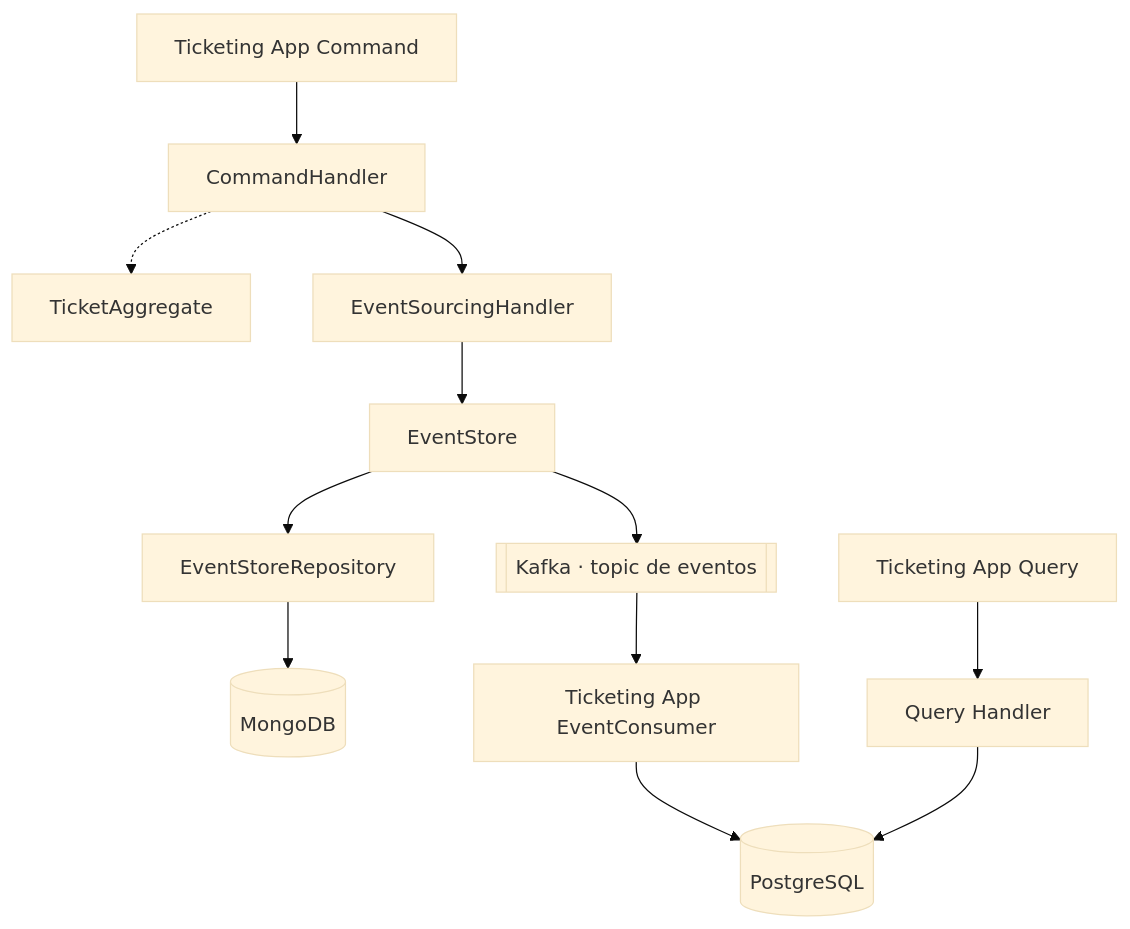
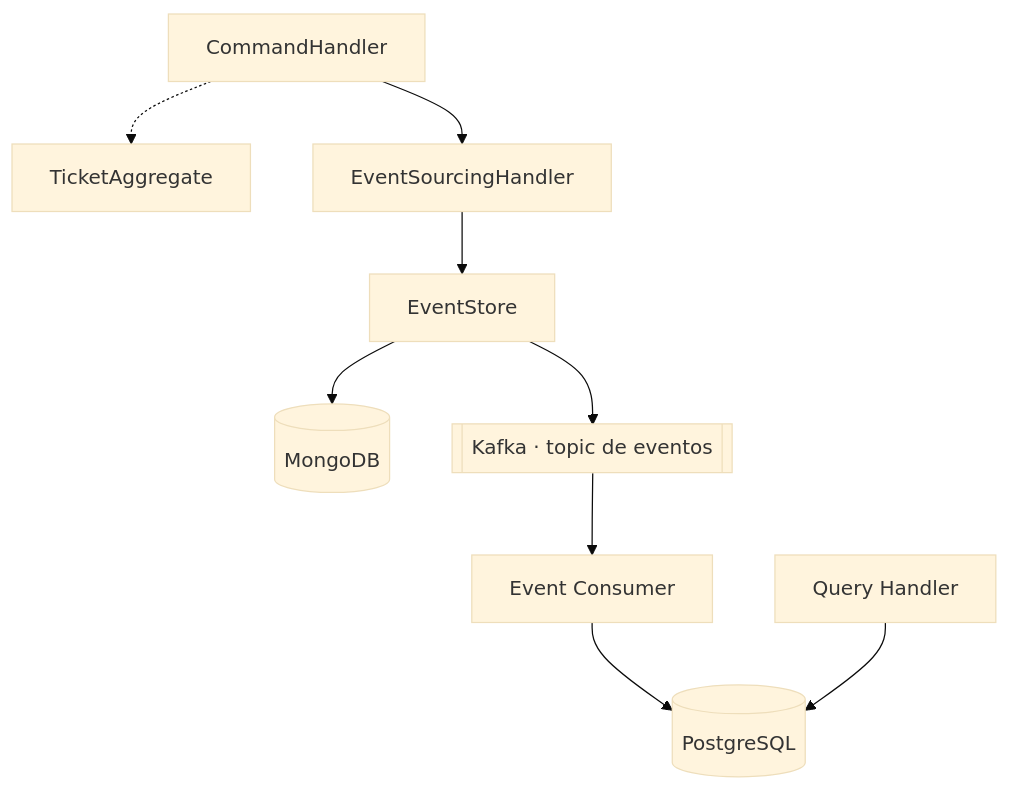
Before and after one commit to rubendevvalencia/BackendPortfolio: the first of 2 diagrams in Microservices-Events/docs/query/consumidor-kafka.md, drawn with Mermaid (base theme). The commit also changed other lines of this file and 11 other files, not shown here.

````diff
--- a/Microservices-Events/docs/query/consumidor-kafka.md
+++ b/Microservices-Events/docs/query/consumidor-kafka.md
@@ -17,14 +15,9 @@
 ```mermaid
 flowchart TB
-    CMDAPP["Ticketing App Command"] --> CH["CommandHandler"]
-    CH -.-> AGG["TicketAggregate"]
-    CH --> ESH["EventSourcingHandler"]
-    ESH --> ES["EventStore"]
-    ES --> ESR["EventStoreRepository"]
-    ESR --> MONGO[("MongoDB")]
+    CH["CommandHandler"] -.-> AGG["TicketAggregate"]
+    CH --> ESH["EventSourcingHandler"] --> ES["EventStore"]
+    ES --> MONGO[("MongoDB")]
     ES --> TOPIC[["Kafka · topic de eventos"]]
-    TOPIC --> CONS["Ticketing App EventConsumer"]
-    CONS --> PG[("PostgreSQL")]
-    QAPP["Ticketing App Query"] --> QH["Query Handler"]
-    QH --> PG
+    TOPIC --> CONS["Event Consumer"] --> PG[("PostgreSQL")]
+    QH["Query Handler"] --> PG
 ```
````
